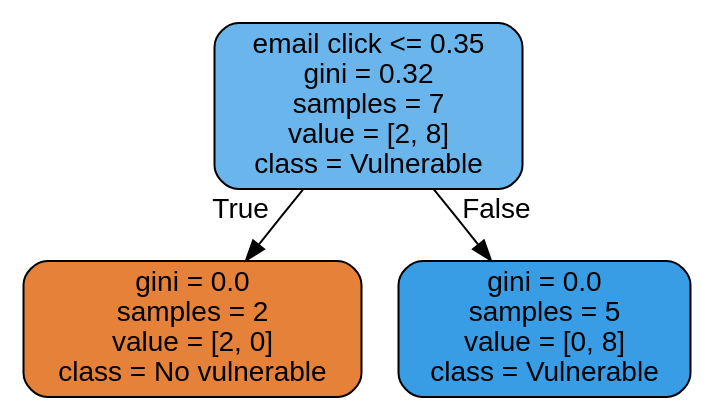
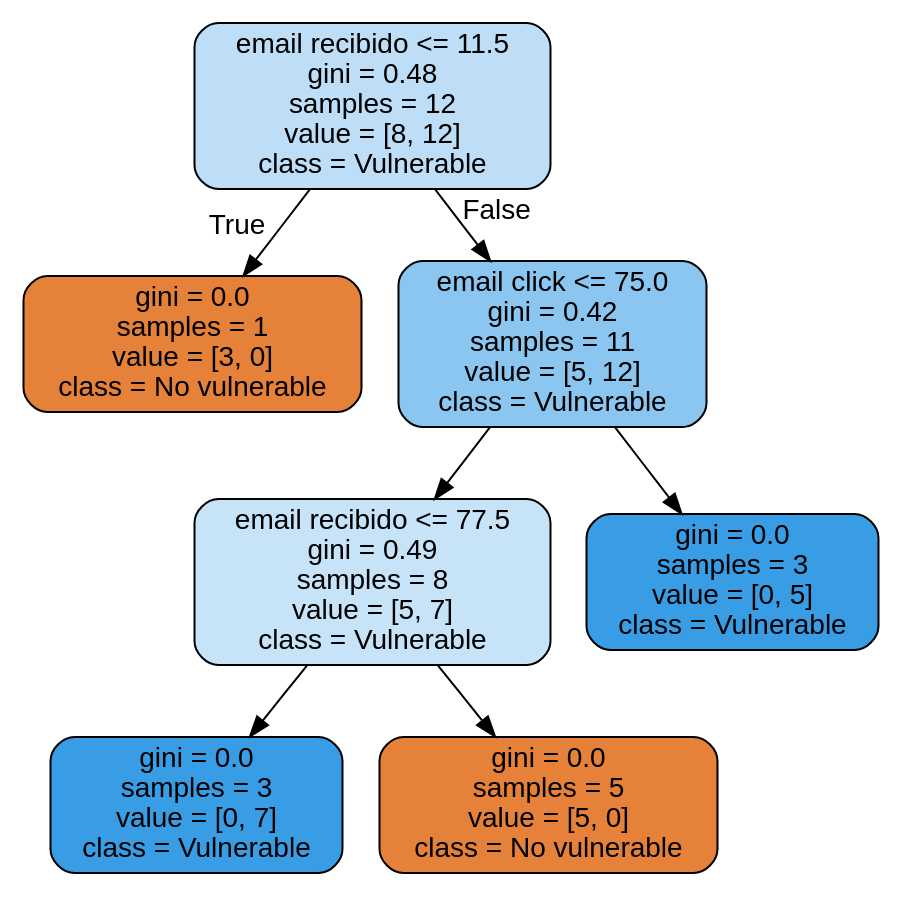
One commit to Skayara/sistemas-de-la-informacion-Practica1 changed the diagram in machine_learning/random_forest/random_forest.dot. Above: the diagram before and after it, drawn with Graphviz. The commit also changed 15 other files, not shown here.

```diff
--- a/machine_learning/random_forest/random_forest.dot
+++ b/machine_learning/random_forest/random_forest.dot
@@ -1,9 +1,17 @@
 digraph Tree {
 node [shape=box, style="filled, rounded", color="black", fontname="helvetica"] ;
 edge [fontname="helvetica"] ;
-0 [label="email click <= 0.35\ngini = 0.32\nsamples = 7\nvalue = [2, 8]\nclass = Vulnerable", fillcolor="#6ab6ec"] ;
-1 [label="gini = 0.0\nsamples = 2\nvalue = [2, 0]\nclass = No vulnerable", fillcolor="#e58139"] ;
+0 [label="email recibido <= 11.5\ngini = 0.48\nsamples = 12\nvalue = [8, 12]\nclass = Vulnerable", fillcolor="#bddef6"] ;
+1 [label="gini = 0.0\nsamples = 1\nvalue = [3, 0]\nclass = No vulnerable", fillcolor="#e58139"] ;
 0 -> 1 [labeldistance=2.5, labelangle=45, headlabel="True"] ;
-2 [label="gini = 0.0\nsamples = 5\nvalue = [0, 8]\nclass = Vulnerable", fillcolor="#399de5"] ;
+2 [label="email click <= 75.0\ngini = 0.42\nsamples = 11\nvalue = [5, 12]\nclass = Vulnerable", fillcolor="#8bc6f0"] ;
 0 -> 2 [labeldistance=2.5, labelangle=-45, headlabel="False"] ;
+3 [label="email recibido <= 77.5\ngini = 0.49\nsamples = 8\nvalue = [5, 7]\nclass = Vulnerable", fillcolor="#c6e3f8"] ;
+2 -> 3 ;
+4 [label="gini = 0.0\nsamples = 3\nvalue = [0, 7]\nclass = Vulnerable", fillcolor="#399de5"] ;
+3 -> 4 ;
+5 [label="gini = 0.0\nsamples = 5\nvalue = [5, 0]\nclass = No vulnerable", fillcolor="#e58139"] ;
+3 -> 5 ;
+6 [label="gini = 0.0\nsamples = 3\nvalue = [0, 5]\nclass = Vulnerable", fillcolor="#399de5"] ;
+2 -> 6 ;
 }
```
